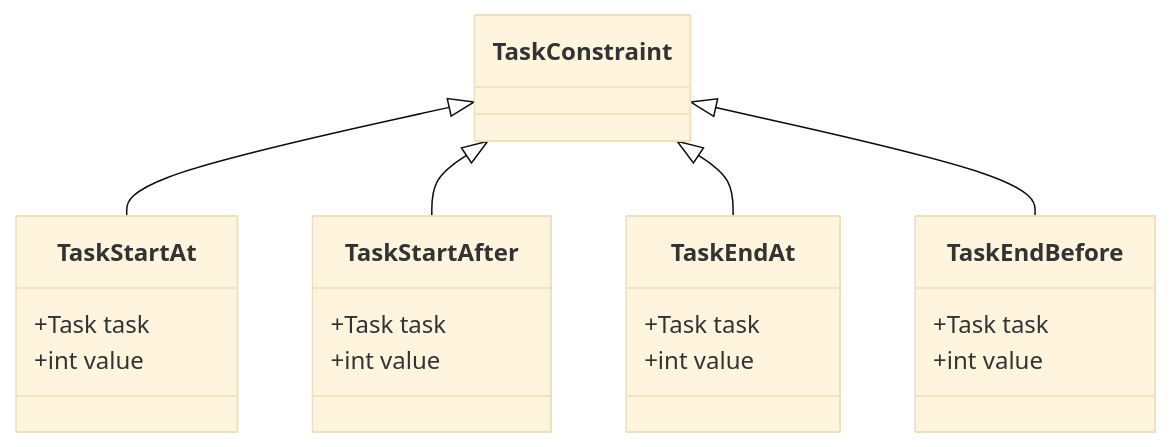
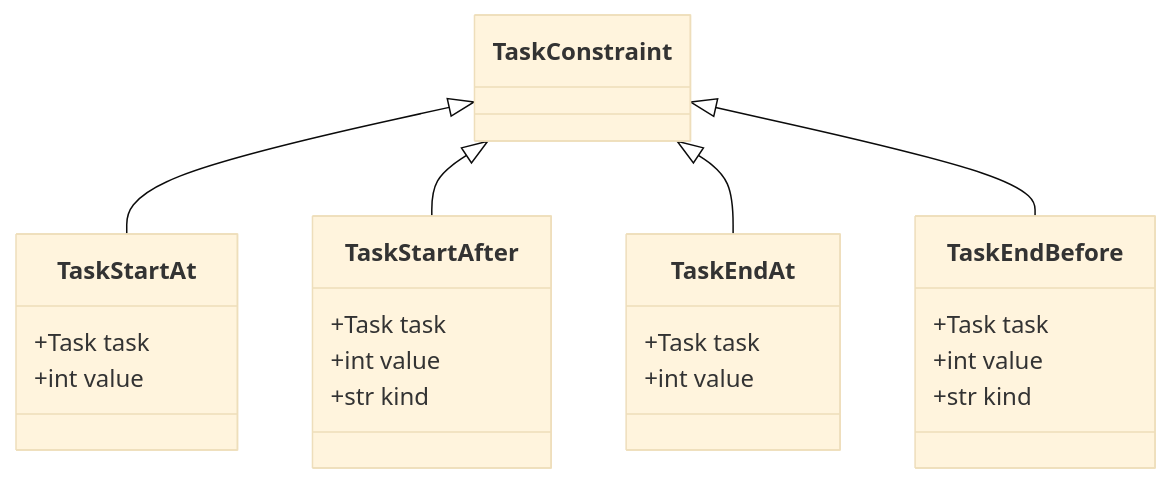
The second of 3 diagrams in docs/task_constraints.md (tpaviot/ProcessScheduler), drawn with Mermaid (base theme) before and after one commit. The commit also changed other lines of this file and 24 other files, not shown here.

````diff
--- a/docs/task_constraints.md
+++ b/docs/task_constraints.md
@@ -28,23 +34,25 @@
 ``` mermaid
 classDiagram
   TaskConstraint <|-- TaskStartAt
   TaskConstraint <|-- TaskStartAfter
   TaskConstraint <|-- TaskEndAt
   TaskConstraint <|-- TaskEndBefore
 class TaskStartAt{
     +Task task
     +int value
   }
 class TaskStartAfter{
     +Task task
-    +int value    
+    +int value
+    +str kind    
 }
 class TaskEndAt{
     +Task task
     +int value
 }
 class TaskEndBefore{
     +Task task
     +int value
+    +str kind
 }
 ```
````
